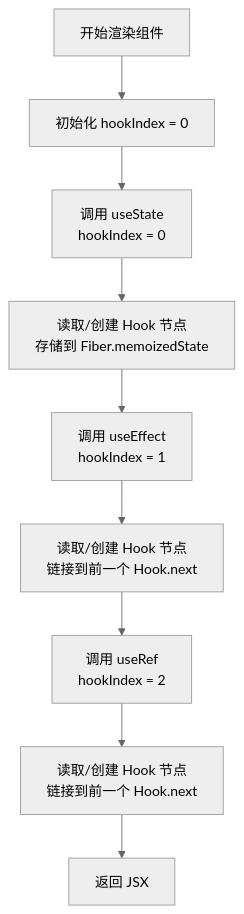
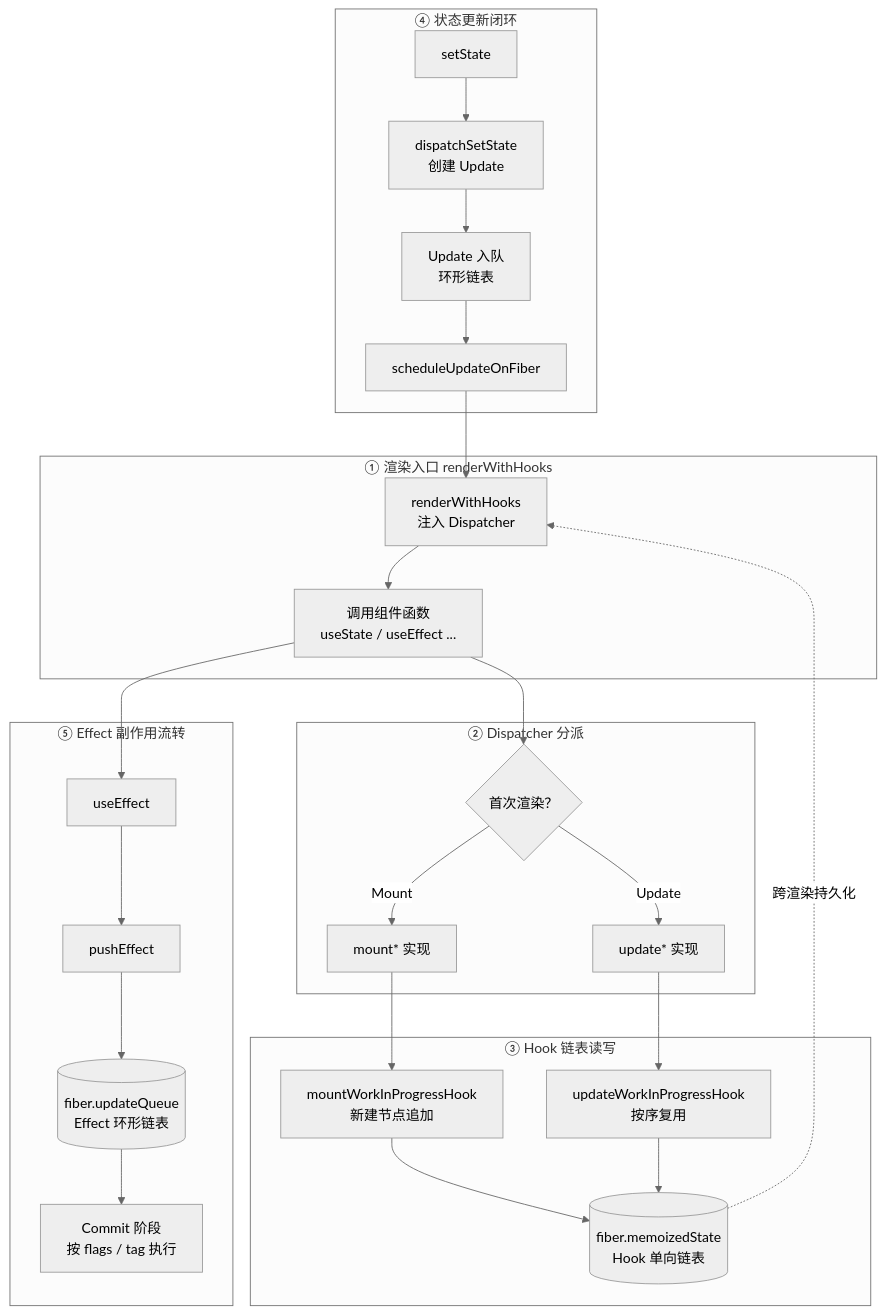
One commit to sentibeitaokong/CoreFront-EndConcepts changed the second of 2 diagrams in apps/docs/frameworks/react/advanced/core-design/hooksInternals.md. Above: the diagram before and after it, drawn with Mermaid (neutral theme). The commit also changed other lines of this file and 4 other files, not shown here.

````diff
--- a/apps/docs/frameworks/react/advanced/core-design/hooksInternals.md
+++ b/apps/docs/frameworks/react/advanced/core-design/hooksInternals.md
@@ -241,11 +44,38 @@
 ```mermaid
-flowchart TD
-    Render[开始渲染组件] --> Init[初始化 hookIndex = 0]
-    Init --> Call1[调用 useState<br/>hookIndex = 0]
-    Call1 --> Store1[读取/创建 Hook 节点<br/>存储到 Fiber.memoizedState]
-    Store1 --> Call2[调用 useEffect<br/>hookIndex = 1]
-    Call2 --> Store2[读取/创建 Hook 节点<br/>链接到前一个 Hook.next]
-    Store2 --> Call3[调用 useRef<br/>hookIndex = 2]
-    Call3 --> Store3[读取/创建 Hook 节点<br/>链接到前一个 Hook.next]
-    Store3 --> Return_JSX[返回 JSX]
+flowchart TB
+    subgraph entry["① 渲染入口 renderWithHooks"]
+        RH[renderWithHooks<br/>注入 Dispatcher] --> CMP[调用组件函数<br/>useState / useEffect ...]
+    end
+
+    subgraph dispatch["② Dispatcher 分派"]
+        CHK{首次渲染？} -->|Mount| MNT[mount* 实现]
+        CHK -->|Update| UPD[update* 实现]
+    end
+
+    CMP --> CHK
+
+    subgraph list["③ Hook 链表读写"]
+        MNT --> MWH[mountWorkInProgressHook<br/>新建节点追加]
+        UPD --> UWH[updateWorkInProgressHook<br/>按序复用]
+        MWH --> LL[(fiber.memoizedState<br/>Hook 单向链表)]
+        UWH --> LL
+    end
+
+    LL -.->|跨渲染持久化| RH
+
+    subgraph update["④ 状态更新闭环"]
+        SET[setState] --> DSP[dispatchSetState<br/>创建 Update]
+        DSP --> ENQ[Update 入队<br/>环形链表]
+        ENQ --> SCH[scheduleUpdateOnFiber]
+    end
+
+    SCH --> RH
+
+    subgraph effect["⑤ Effect 副作用流转"]
+        USE[useEffect] --> PEF[pushEffect]
+        PEF --> EQ[(fiber.updateQueue<br/>Effect 环形链表)]
+        EQ --> CMT[Commit 阶段<br/>按 flags / tag 执行]
+    end
+
+    CMP --> USE
 ```
````
